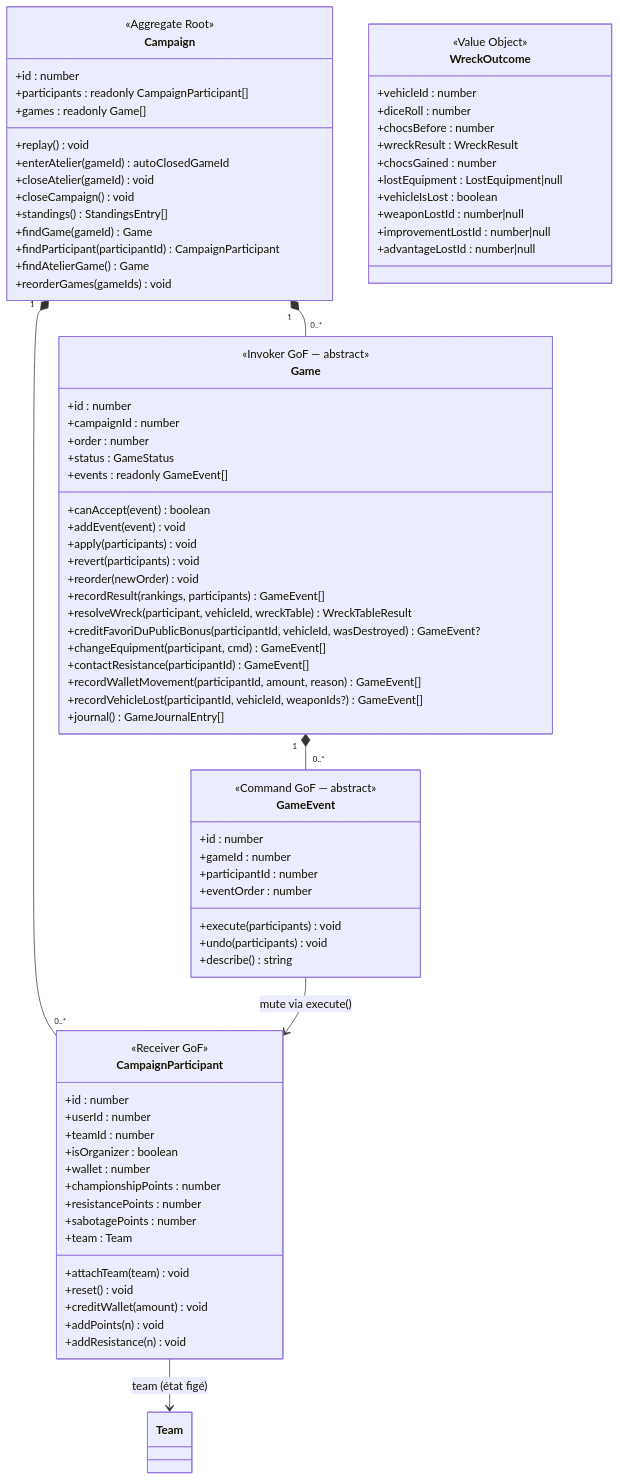
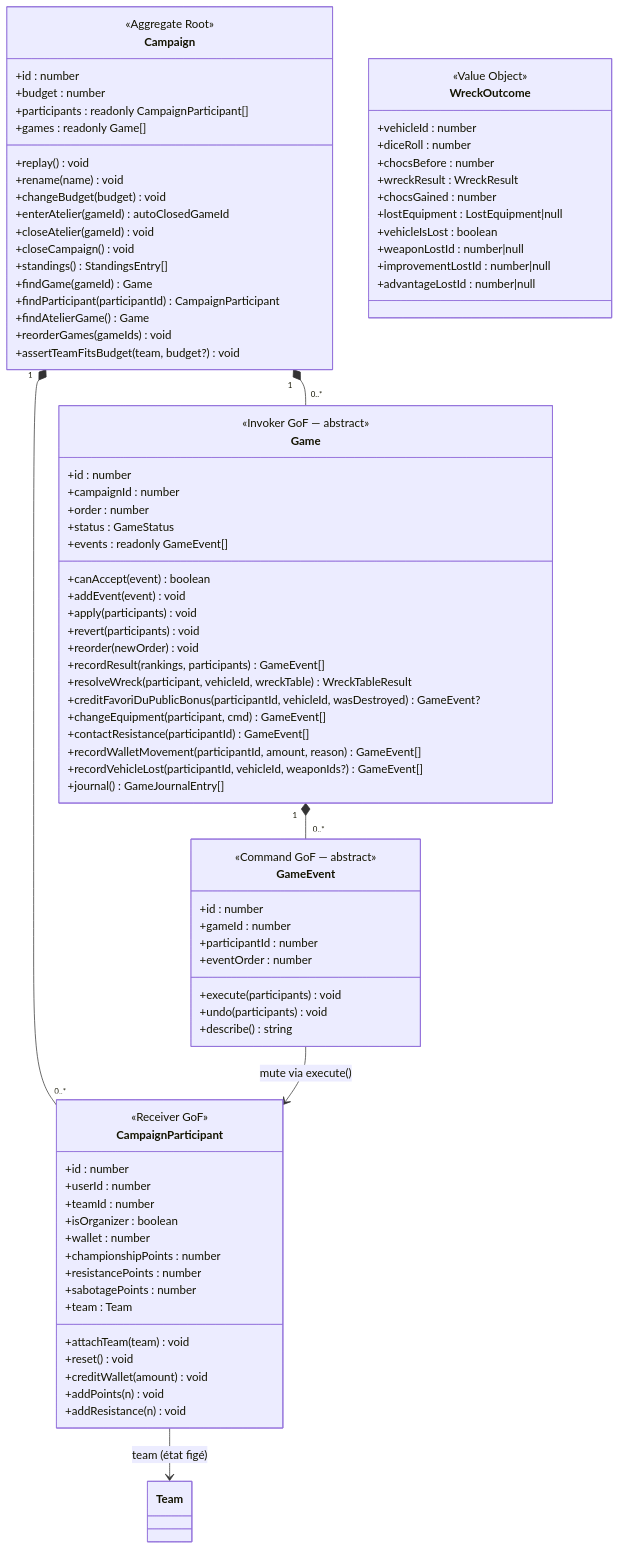
Before and after one commit to arnaudbracchetti/gaslands-manager: the fifth of 5 diagrams in docs/DOMAIN_MODEL.md, drawn with Mermaid. The commit also changed other lines of this file and 70 other files, not shown here.

```diff
--- a/docs/DOMAIN_MODEL.md
+++ b/docs/DOMAIN_MODEL.md
@@ -746,9 +761,12 @@
     class Campaign {
         <<Aggregate Root>>
         +id : number
+        +budget : number
         +participants : readonly CampaignParticipant[]
         +games : readonly Game[]
         +replay() void
+        +rename(name) void
+        +changeBudget(budget) void
         +enterAtelier(gameId) autoClosedGameId
         +closeAtelier(gameId) void
         +closeCampaign() void
@@ -757,6 +775,7 @@
         +findParticipant(participantId) CampaignParticipant
         +findAtelierGame() Game
         +reorderGames(gameIds) void
+        +assertTeamFitsBudget(team, budget?) void
     }
 
     class CampaignParticipant {
```
